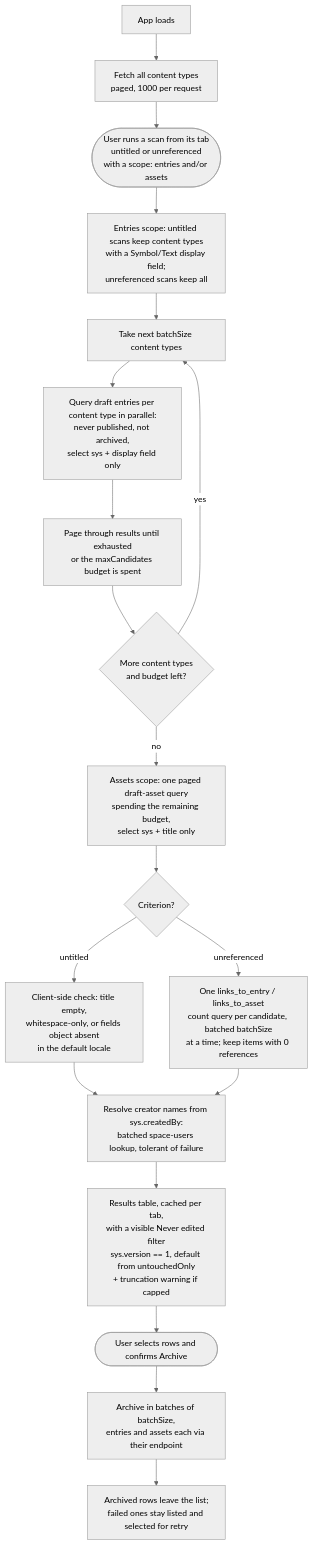
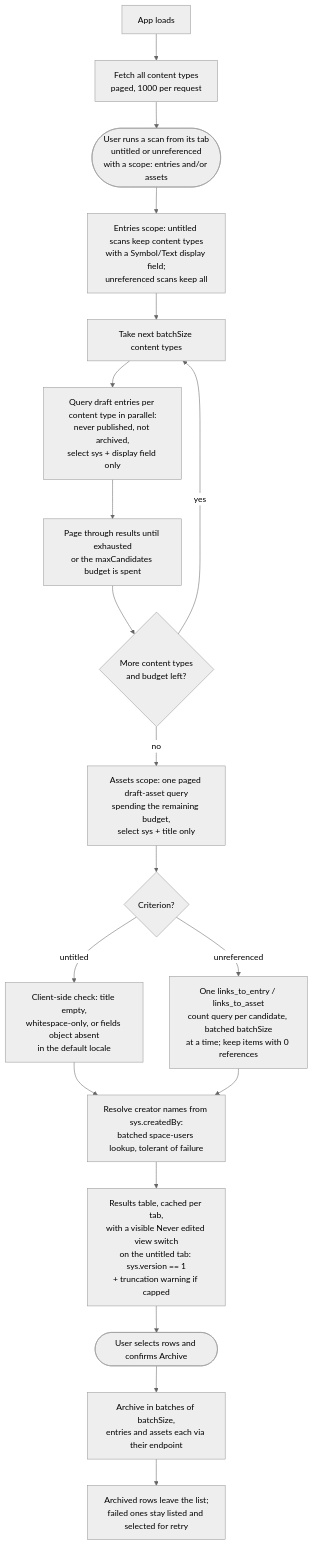
One commit to contentful/apps changed the diagram in apps/find-orphans/README.md. Above: the diagram before and after it, drawn with Mermaid (neutral theme). The commit also changed other lines of this file and 10 other files, not shown here.

````diff
--- a/apps/find-orphans/README.md
+++ b/apps/find-orphans/README.md
@@ -104,21 +103,21 @@
 ```mermaid
 flowchart TD
     Load[App loads] --> FetchCT[Fetch all content types<br/>paged, 1000 per request]
     FetchCT --> Scan([User runs a scan from its tab<br/>untitled or unreferenced<br/>with a scope: entries and/or assets])
     Scan --> Filter[Entries scope: untitled scans keep content types<br/>with a Symbol/Text display field;<br/>unreferenced scans keep all]
     Filter --> Chunk[Take next batchSize content types]
     Chunk --> Query[Query draft entries per content type in parallel:<br/>never published, not archived,<br/>select sys + display field only]
     Query --> Pages[Page through results until exhausted<br/>or the maxCandidates budget is spent]
     Pages --> More{More content types<br/>and budget left?}
     More -- yes --> Chunk
     More -- no --> AssetStep[Assets scope: one paged draft-asset query<br/>spending the remaining budget,<br/>select sys + title only]
     AssetStep --> Criterion{Criterion?}
     Criterion -- untitled --> Check[Client-side check: title empty,<br/>whitespace-only, or fields object absent<br/>in the default locale]
     Check --> Resolve
     Criterion -- unreferenced --> RefCount[One links_to_entry / links_to_asset<br/>count query per candidate, batched batchSize<br/>at a time; keep items with 0 references]
     RefCount --> Resolve[Resolve creator names from sys.createdBy:<br/>batched space-users lookup, tolerant of failure]
-    Resolve --> Results[Results table, cached per tab,<br/>with a visible Never edited filter<br/>sys.version == 1, default from untouchedOnly<br/>+ truncation warning if capped]
+    Resolve --> Results[Results table, cached per tab,<br/>with a visible Never edited view switch<br/>on the untitled tab: sys.version == 1<br/>+ truncation warning if capped]
     Results --> Archive([User selects rows and confirms Archive])
     Archive --> Batches[Archive in batches of batchSize,<br/>entries and assets each via their endpoint]
     Batches --> Done[Archived rows leave the list;<br/>failed ones stay listed and selected for retry]
 ```
````
